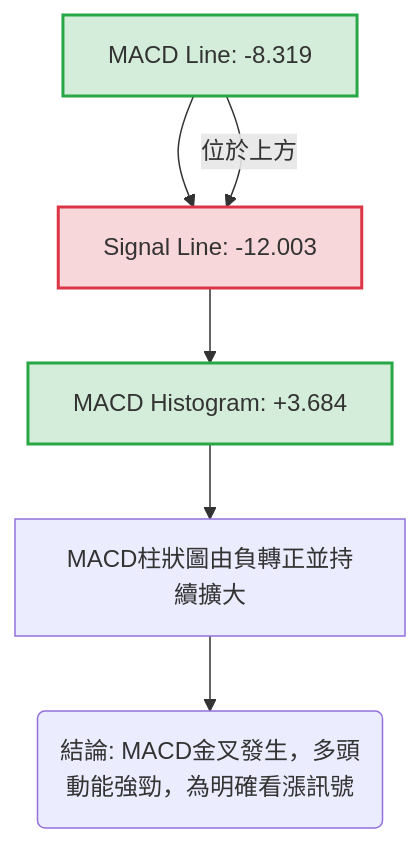
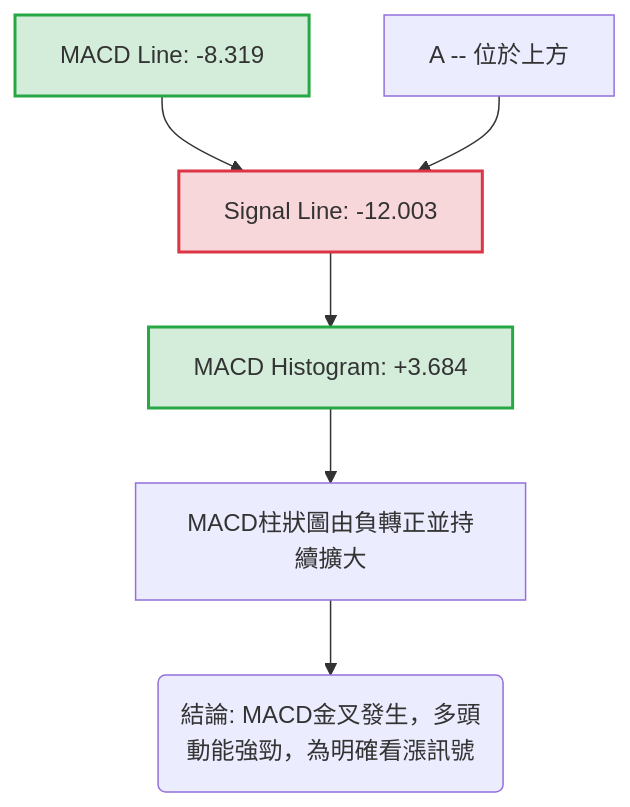
Before and after one commit to yennanliu/finance_data: the eighth of 12 diagrams in ai_gen_report/stock/meta/technical_analysis_2026-07-06_gemini.md, drawn with Mermaid. The commit also changed other lines of this file and 2258 other files, not shown here.

First line of the commit message:
chore: backfill Mermaid syntax repair across existing reports

````diff
--- a/ai_gen_report/stock/meta/technical_analysis_2026-07-06_gemini.md
+++ b/ai_gen_report/stock/meta/technical_analysis_2026-07-06_gemini.md
@@ -468,11 +468,11 @@
 ```mermaid
 graph TD
-    A[MACD Line: -8.319] --> B[Signal Line: -12.003]
-    A -- 位於上方 --> B
-    B --> C[MACD Histogram: +3.684]
-    C --> D[MACD柱狀圖由負轉正並持續擴大]
-    D --> E(結論: MACD金叉發生，多頭動能強勁，為明確看漲訊號)
+    A["MACD Line: -8.319"] --> B["Signal Line: -12.003"]
+    nb1["A -- 位於上方"] --> B
+    B --> C["MACD Histogram: +3.684"]
+    C --> D["MACD柱狀圖由負轉正並持續擴大"]
+    D --> E("結論: MACD金叉發生，多頭動能強勁，為明確看漲訊號")
     style A fill:#D4EDDA,stroke:#28A745,stroke-width:2px
     style B fill:#F8D7DA,stroke:#DC3545,stroke-width:2px
     style C fill:#D4EDDA,stroke:#28A745,stroke-width:2px
 ```
````
